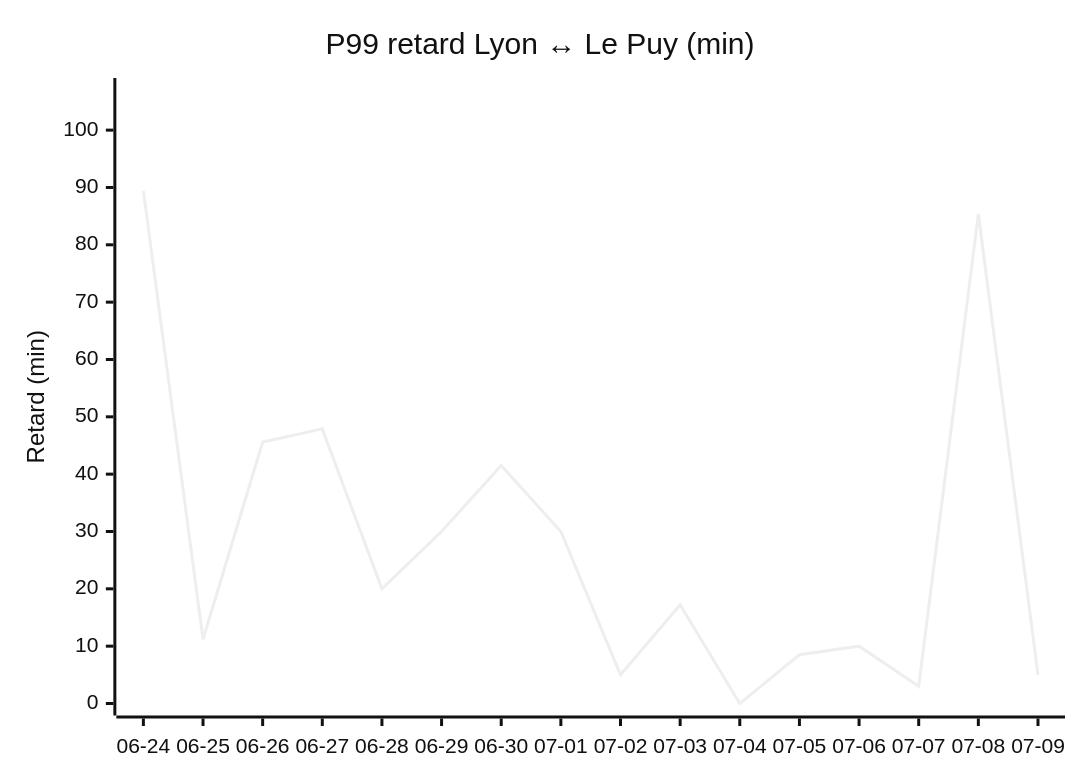
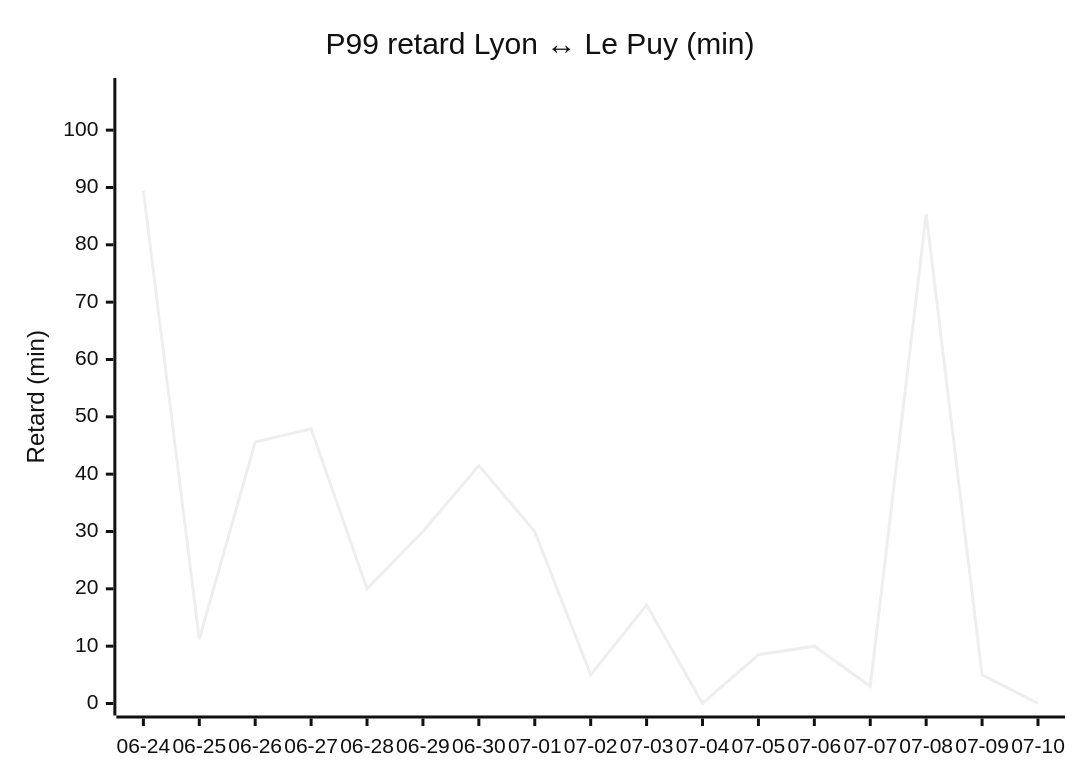
One commit to antoinerep/horaire-ter changed the fourth of 4 diagrams in STATS.md. Above: the diagram before and after it, drawn with Mermaid (neutral theme). The commit also changed other lines of this file and 1 other file, not shown here.

````diff
--- a/STATS.md
+++ b/STATS.md
@@ -98,7 +99,7 @@
 ```mermaid
 xychart-beta
     title "P99 retard Lyon ↔ Le Puy (min)"
-    x-axis ["06-24", "06-25", "06-26", "06-27", "06-28", "06-29", "06-30", "07-01", "07-02", "07-03", "07-04", "07-05", "07-06", "07-07", "07-08", "07-09"]
+    x-axis ["06-24", "06-25", "06-26", "06-27", "06-28", "06-29", "06-30", "07-01", "07-02", "07-03", "07-04", "07-05", "07-06", "07-07", "07-08", "07-09", "07-10"]
     y-axis "Retard (min)" 0 --> 107
-    line [89.4, 11.2, 45.6, 47.9, 20.0, 30.0, 41.5, 30.0, 5.0, 17.2, 0.0, 8.5, 10.0, 3.0, 85.4, 5.0]
+    line [89.4, 11.2, 45.6, 47.9, 20.0, 30.0, 41.5, 30.0, 5.0, 17.2, 0.0, 8.5, 10.0, 3.0, 85.4, 5.0, 0.0]
 ```
````
